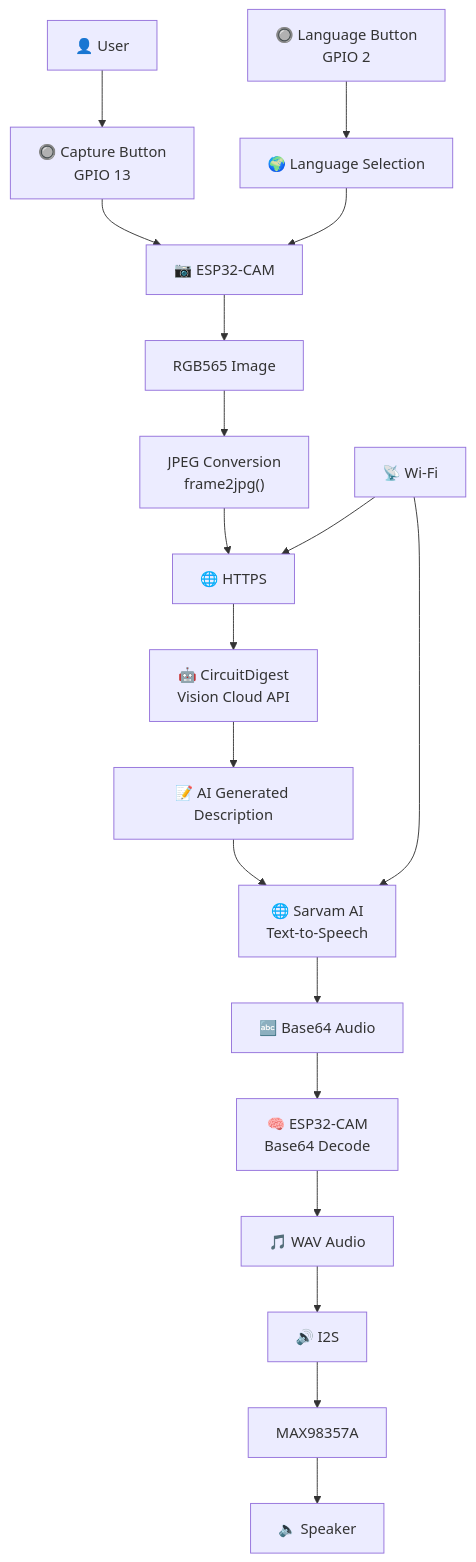
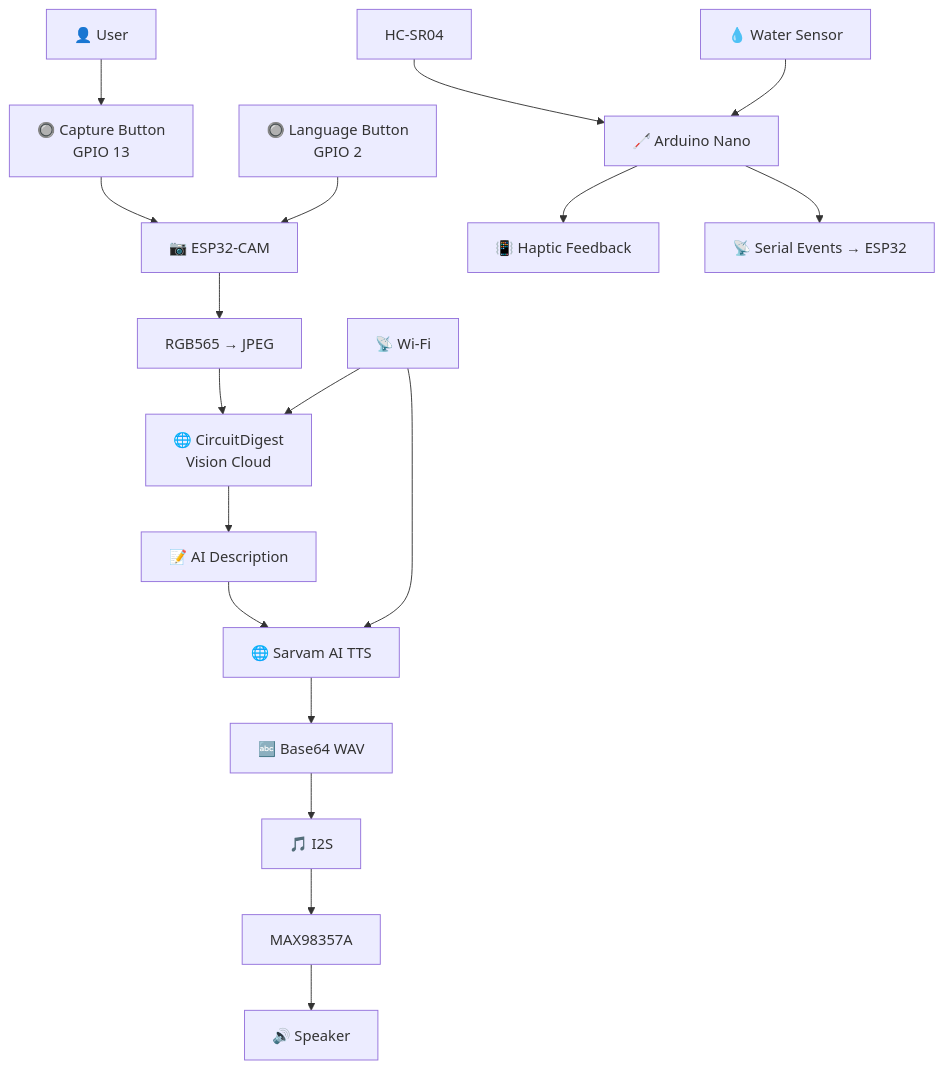
One commit to ptech8000/Smart_Vision_Analyst_ESP32_CAM changed the diagram in README.md. Above: the diagram before and after it, drawn with Mermaid. The commit also changed other lines of this file, not shown here.

Commit message:
docs: update README with walking stick sensor node

````diff
--- a/README.md
+++ b/README.md
@@ -81,38 +58,21 @@
 ```mermaid
 flowchart TD
+    U["👤 User"] --> C["🔘 Capture Button<br/>GPIO 13"]
+    C --> CAM["📷 ESP32-CAM"]
+    CAM --> JPG["RGB565 → JPEG"]
+    JPG --> V["🌐 CircuitDigest<br/>Vision Cloud"]
+    V --> T["📝 AI Description"]
+    T --> S["🌐 Sarvam AI TTS"]
+    S --> A["🔤 Base64 WAV"]
+    A --> I["🎵 I2S"]
+    I --> AMP["MAX98357A"]
+    AMP --> SPK["🔊 Speaker"]
+    L["🔘 Language Button<br/>GPIO 2"] --> CAM
+    W["📡 Wi-Fi"] --> V
+    W --> S
 
-    A["👤 User"] --> B["🔘 Capture Button<br/>GPIO 13"]
-
-    B --> C["📷 ESP32-CAM"]
-
-    C --> D["RGB565 Image"]
-
-    D --> E["JPEG Conversion<br/>frame2jpg()"]
-
-    E --> F["🌐 HTTPS"]
-
-    F --> G["🤖 CircuitDigest<br/>Vision Cloud API"]
-
-    G --> H["📝 AI Generated Description"]
-
-    H --> I["🌐 Sarvam AI<br/>Text-to-Speech"]
-
-    I --> J["🔤 Base64 Audio"]
-
-    J --> K["🧠 ESP32-CAM<br/>Base64 Decode"]
-
-    K --> L["🎵 WAV Audio"]
-
-    L --> M["🔊 I2S"]
-
-    M --> N["MAX98357A"]
-
-    N --> O["🔈 Speaker"]
-
-    P["🔘 Language Button<br/>GPIO 2"] --> Q["🌍 Language Selection"]
-
-    Q --> C
-
-    R["📡 Wi-Fi"] --> F
-    R --> I
+    N["🦯 Arduino Nano"] --> H["📳 Haptic Feedback"]
+    US["HC-SR04"] --> N
+    WS["💧 Water Sensor"] --> N
+    N --> E["📡 Serial Events → ESP32"]
 ```
````
